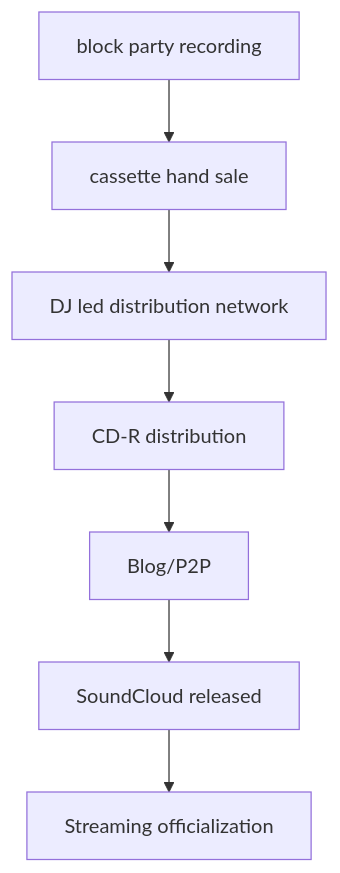
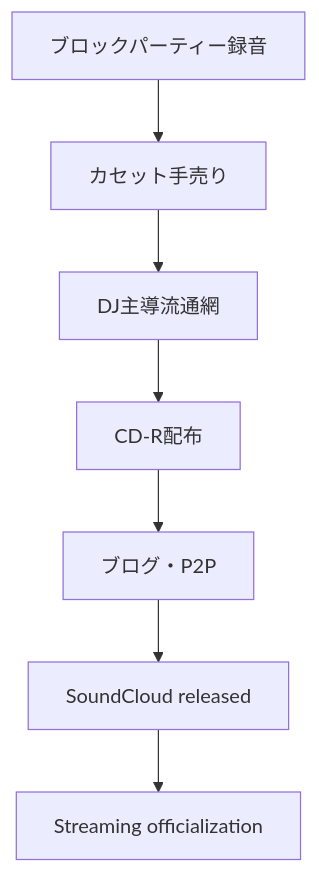
The second of 2 diagrams in en/_posts/2026-02-28-column-free-mix-tape.md (monumental-movement/monumental-movement.github.io), drawn with Mermaid before and after one commit. The commit also changed other lines of this file and 2196 other files, not shown here.

```diff
--- a/en/_posts/2026-02-28-column-free-mix-tape.md
+++ b/en/_posts/2026-02-28-column-free-mix-tape.md
@@ -176,9 +176,9 @@
 <div class="mermaid">
 flowchart TD
-    A[block party recording] --> B[cassette hand sale]
-    B --> C[DJ led distribution network]
-    C --> D[CD-R distribution]
-    D --> E[Blog/P2P]
+    A[ブロックパーティー録音] --> B[カセット手売り]
+    B --> C[DJ主導流通網]
+    C --> D[CD-R配布]
+    D --> E[ブログ・P2P]
     E --> F[SoundCloud released]
     F --> G[Streaming officialization]
 </div>
```
